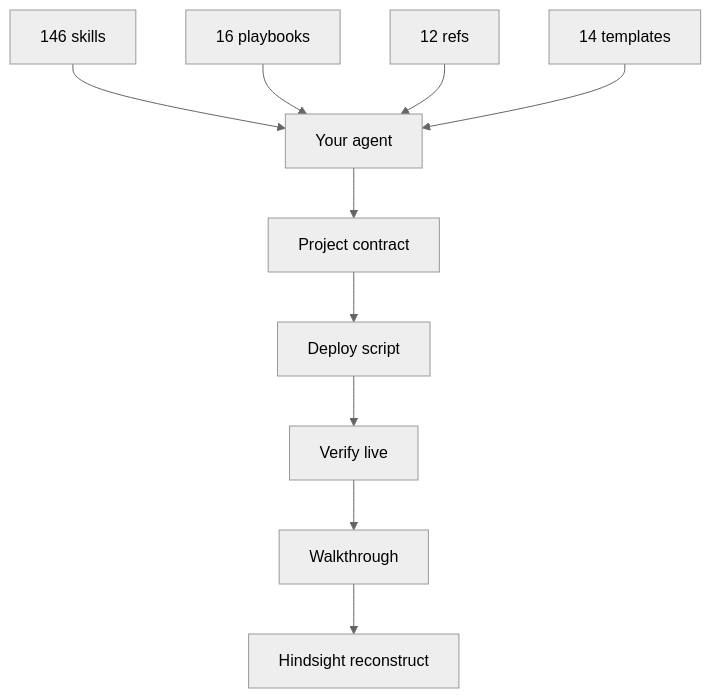
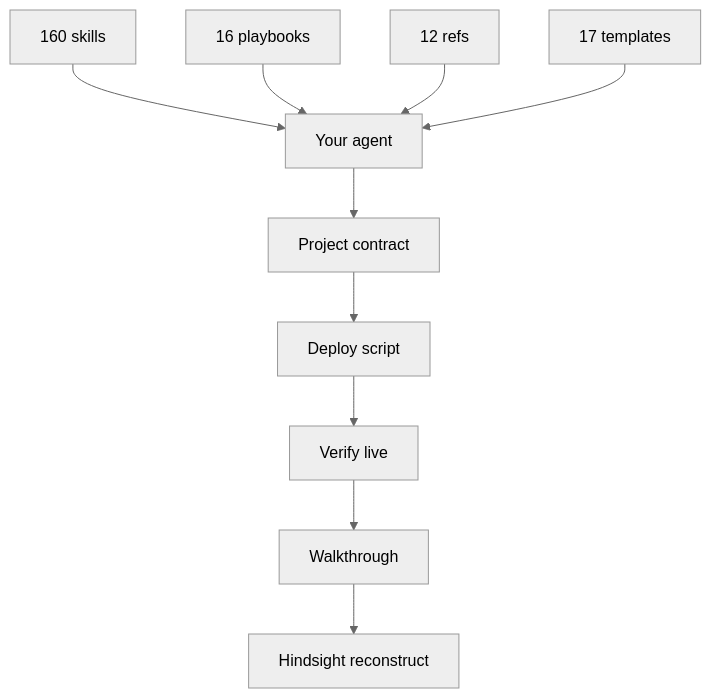
One commit to Nonarkara/dr-non-vibecoding-skills changed the third of 3 diagrams in README.md. Above: the diagram before and after it, drawn with Mermaid (neutral theme). The commit also changed other lines of this file and 35 other files, not shown here.

````diff
--- a/README.md
+++ b/README.md
@@ -427,12 +441,12 @@
 ```mermaid
 flowchart TB
-  S["146 skills"] --> A["Your agent"]
+  S["160 skills"] --> A["Your agent"]
   P["16 playbooks"] --> A
   R["12 refs"] --> A
-  T["14 templates"] --> A
+  T["17 templates"] --> A
   A --> W["Project contract"]
   W --> D["Deploy script"]
   D --> V["Verify live"]
   V --> H["Walkthrough"]
   H --> L["Hindsight reconstruct"]
 ```
````
